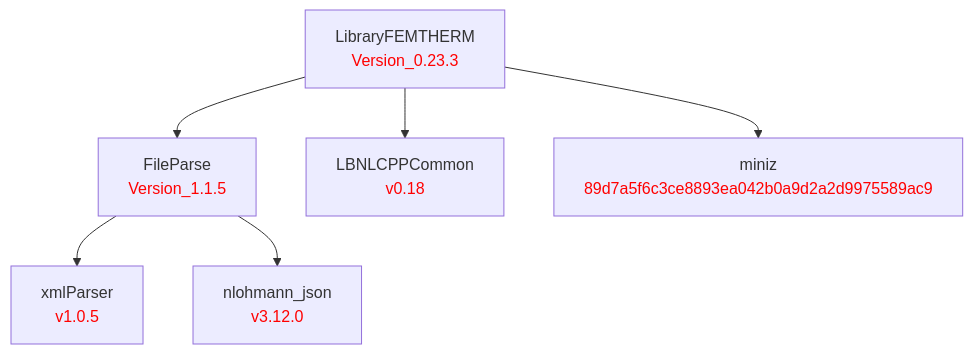
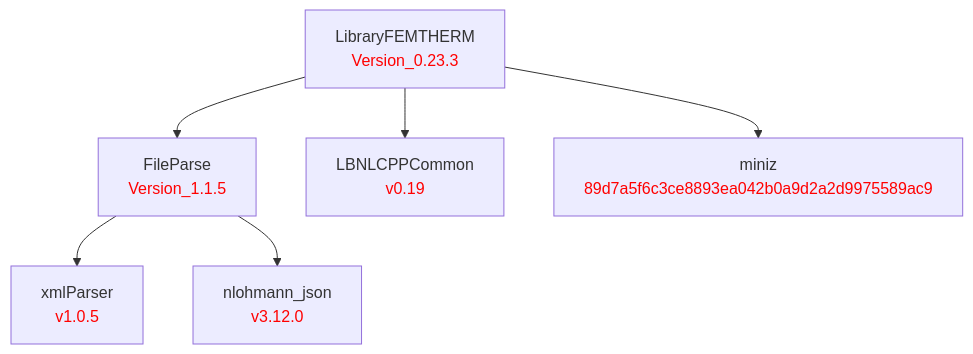
One commit to LBNL-ETA/LibraryFEMTherm changed the diagram in doc/LibraryFEMTHERM.md. Above: the diagram before and after it, drawn with Mermaid. The commit also changed 1 other file, not shown here.

Commit message:
Pin LBNLCPPCommon to v0.19

````diff
--- a/doc/LibraryFEMTHERM.md
+++ b/doc/LibraryFEMTHERM.md
@@ -1,17 +1,17 @@
 ```mermaid
 graph TD
     %% Package definitions
     xmlParser[xmlParser<br/><font color='red'>v1.0.5</font>]
     nlohmann_json[nlohmann_json<br/><font color='red'>v3.12.0</font>]
     FileParse[FileParse<br/><font color='red'>Version_1.1.5</font>]
-    LBNLCPPCommon[LBNLCPPCommon<br/><font color='red'>v0.18</font>]
+    LBNLCPPCommon[LBNLCPPCommon<br/><font color='red'>v0.19</font>]
     miniz[miniz<br/><font color='red'>89d7a5f6c3ce8893ea042b0a9d2a2d9975589ac9</font>]
     LibraryFEMTHERM[LibraryFEMTHERM<br/><font color='red'>Version_0.23.3</font>]
 
     %% Package relations
     LibraryFEMTHERM --> FileParse
     LibraryFEMTHERM --> LBNLCPPCommon
     LibraryFEMTHERM --> miniz
     FileParse --> xmlParser
     FileParse --> nlohmann_json
 ```
````
